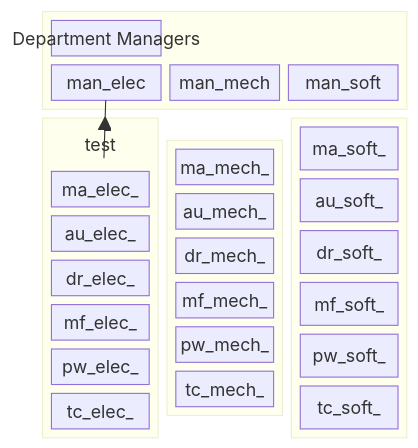
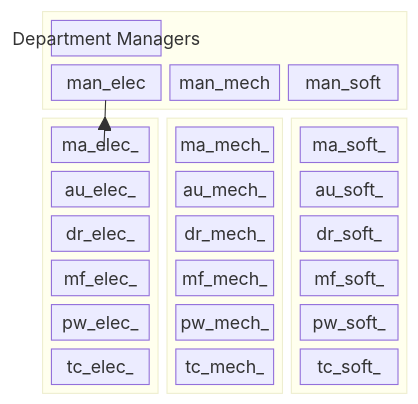
The diagram in README.md (FooGiGo-Org/.github), drawn with Mermaid before and after one commit.

````diff
--- a/README.md
+++ b/README.md
@@ -1,45 +1,42 @@
 ```mermaid
 ---
 title: SCRB Matrix Organization
 ---
 block
     columns 3
     block:test:3
         columns 3
         man["Department Managers"]:3
         man_elec man_mech man_soft
     end
     block:meme:1
         columns 1
-        uct("test")
         ma_elec_
         au_elec_
         dr_elec_
         mf_elec_
         pw_elec_
         tc_elec_
     end
     block:memm:1
         columns 1
-        uct("test")
         ma_mech_
         au_mech_
         dr_mech_
         mf_mech_
         pw_mech_
         tc_mech_
     end
     block:mems:1
         columns 1
-        uct("test")
         ma_soft_
         au_soft_
         dr_soft_
         mf_soft_
         pw_soft_
         tc_soft_
     end
     man_elec --> meme
 class uct BT
 classDef BT stroke:transparent,fill:transparent
 ```
````
